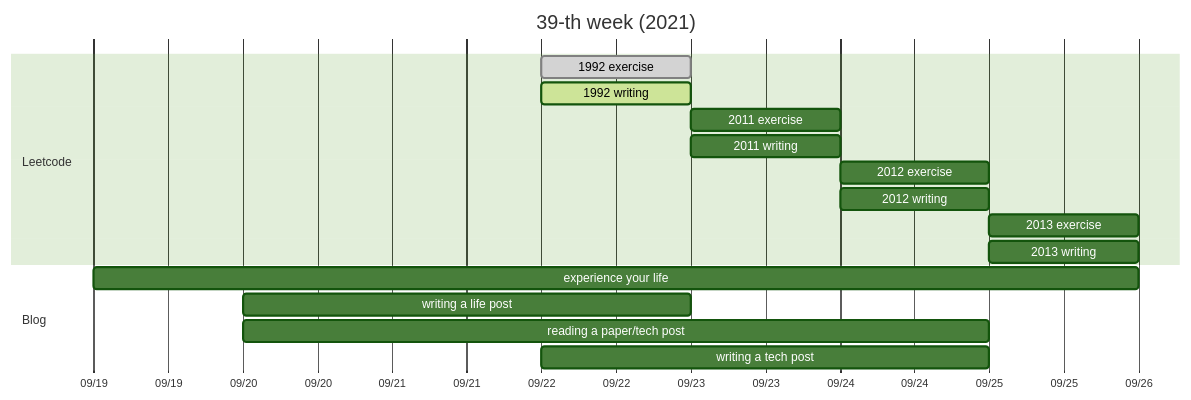
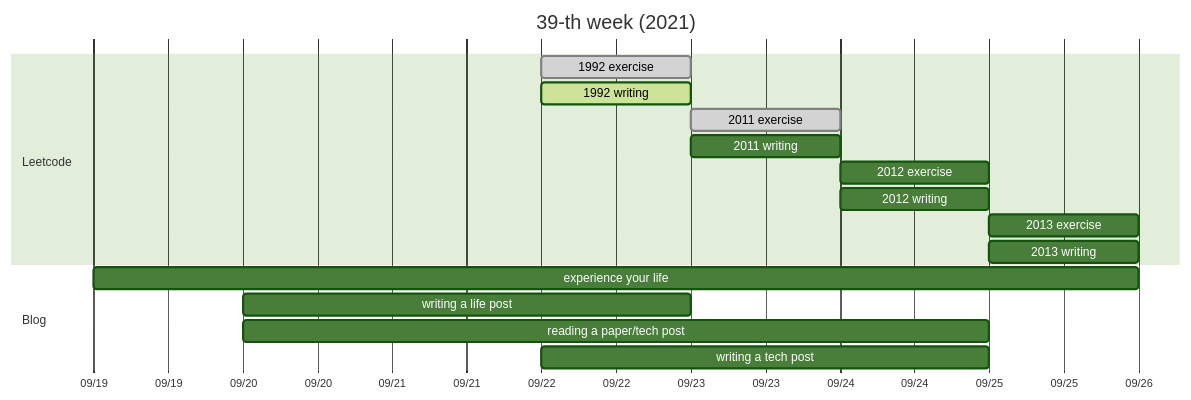
Before and after one commit to michaelmoju/allenyummy.github.io: the diagram in _posts/2021-09-22-39th-weekly-progress.md, drawn with Mermaid (forest theme).

Commit message:
[modified] 2011 done

````diff
--- a/_posts/2021-09-22-39th-weekly-progress.md
+++ b/_posts/2021-09-22-39th-weekly-progress.md
@@ -23,22 +23,22 @@
 ```mermaid
 gantt
     title 39-th week (2021)
     dateFormat  YYYY-MM-DD
     axisFormat  %m/%d
 
     section Leetcode
     1992 exercise       : done  , L1, 2021-09-22, 1d
     1992 writing        : active, L2, 2021-09-22, 1d
-    2011 exercise       :         L3, 2021-09-23, 1d
+    2011 exercise       : done  , L3, 2021-09-23, 1d
     2011 writing        :         L4, 2021-09-23, 1d
     2012 exercise       :         L5, 2021-09-24, 1d
     2012 writing        :         L6, 2021-09-24, 1d
     2013 exercise       :         L7, 2021-09-25, 1d
     2013 writing        :         L8, 2021-09-25, 1d
 
     section Blog
     experience your life:         B1, 2021-09-19, 7d
     writing a life post :         B2, 2021-09-20, 3d
     reading a paper/tech post:    B3, 2021-09-20, 5d
     writing a tech post :         B2, 2021-09-22, 3d
 ```
````
